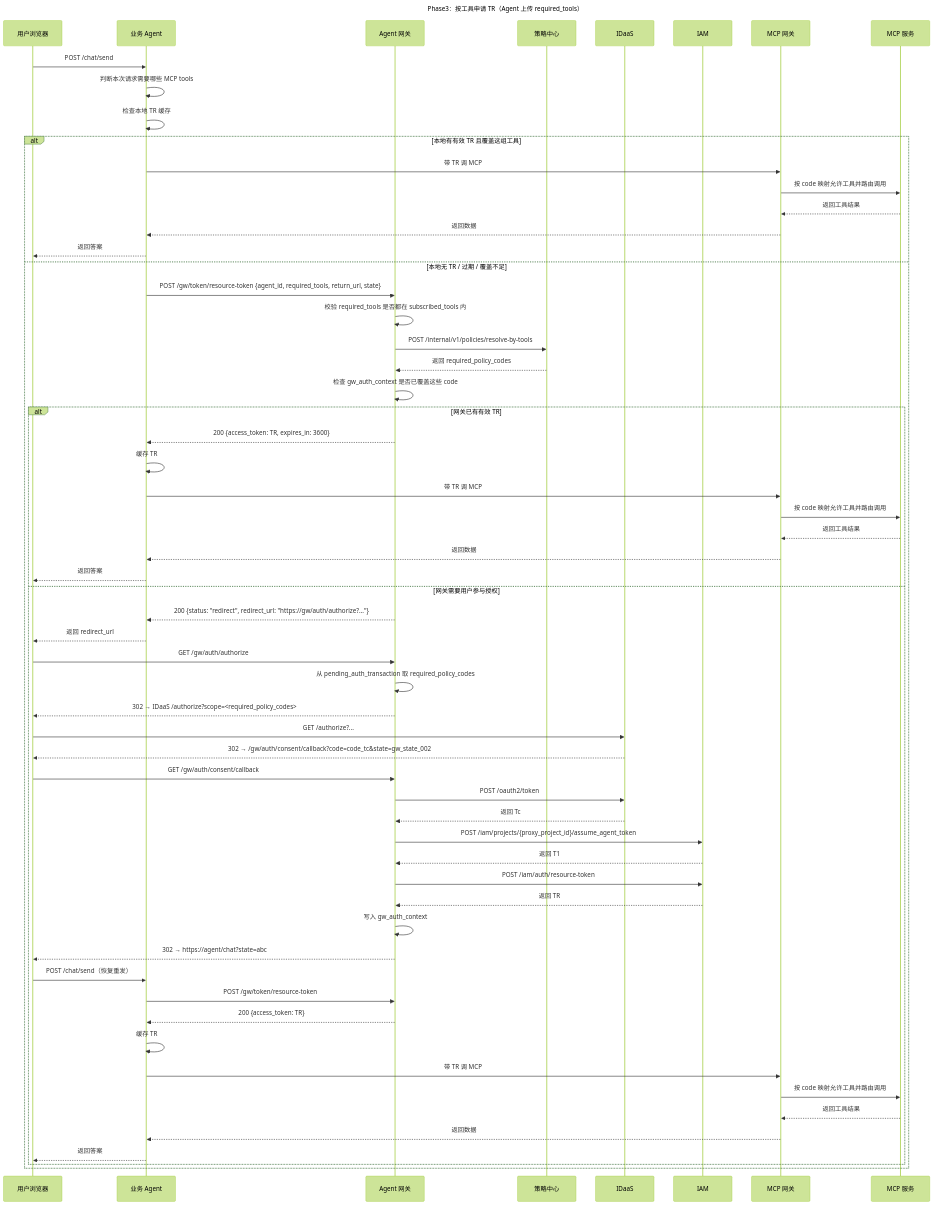
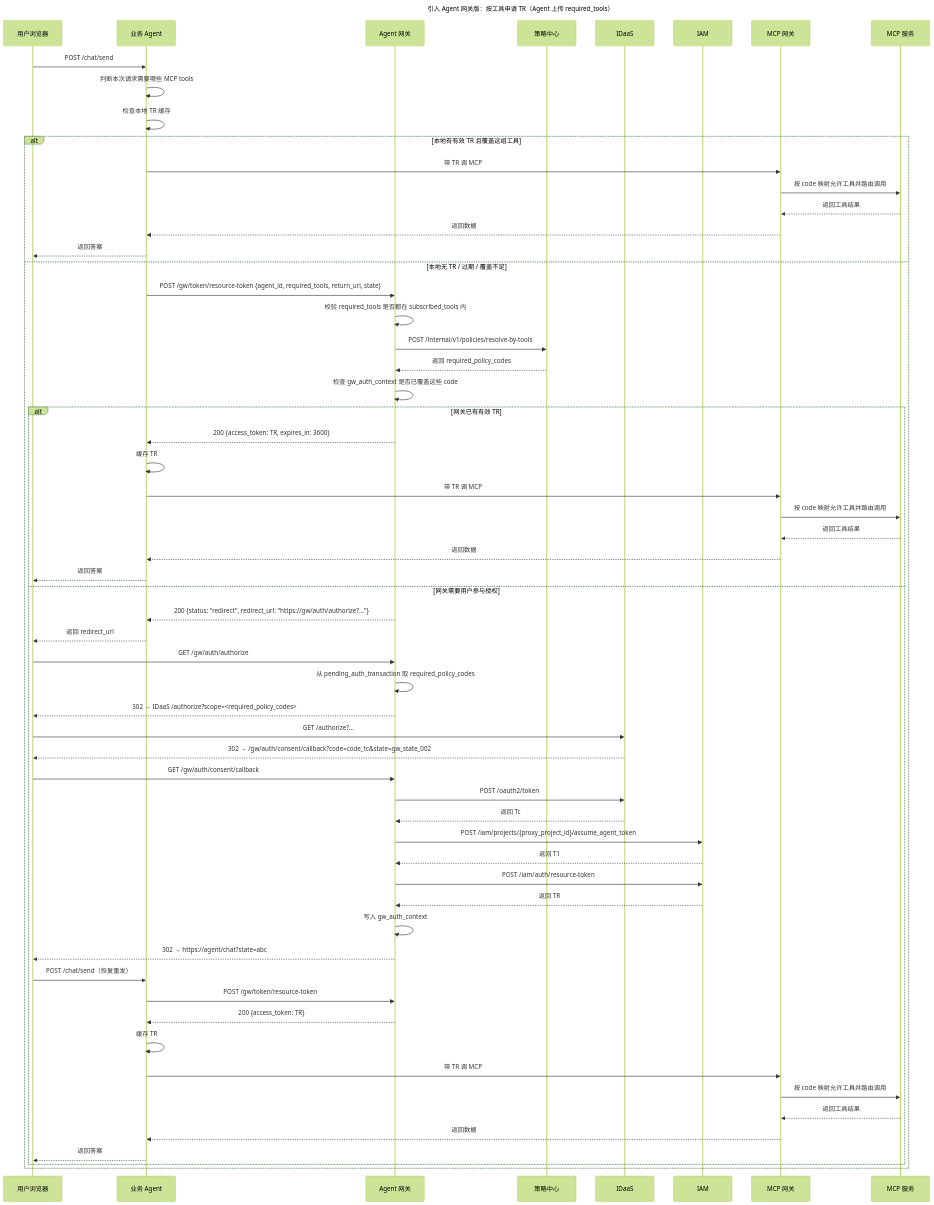
One commit to xuning117634-ux/auth-design-spec changed the second of 2 diagrams in docs/design/final_design/04_接口设计.md. Above: the diagram before and after it, drawn with Mermaid (forest theme). The commit also changed other lines of this file and 1 other file, not shown here.

Commit message:
接口文档更新

````diff
--- a/docs/design/final_design/04_接口设计.md
+++ b/docs/design/final_design/04_接口设计.md
@@ -117,66 +117,66 @@
 ```mermaid
 sequenceDiagram
-    title Phase3：按工具申请 TR（Agent 上传 required_tools）
+    title 引入 Agent 网关版：按工具申请 TR（Agent 上传 required_tools）
     participant 用户 as 用户浏览器
     participant Agent as 业务 Agent
     participant GW as Agent 网关
     participant PC as 策略中心
     participant IDaaS as IDaaS
     participant IAM as IAM
     participant MCP网关 as MCP 网关
     participant MCP服务 as MCP 服务
 
     用户->>Agent: POST /chat/send
     Agent->>Agent: 判断本次请求需要哪些 MCP tools
     Agent->>Agent: 检查本地 TR 缓存
 
     alt 本地有有效 TR 且覆盖这组工具
         Agent->>MCP网关: 带 TR 调 MCP
         MCP网关->>MCP服务: 按 code 映射允许工具并路由调用
         MCP服务-->>MCP网关: 返回工具结果
         MCP网关-->>Agent: 返回数据
         Agent-->>用户: 返回答案
     else 本地无 TR / 过期 / 覆盖不足
         Agent->>GW: POST /gw/token/resource-token {agent_id, required_tools, return_url, state}
         GW->>GW: 校验 required_tools 是否都在 subscribed_tools 内
         GW->>PC: POST /internal/v1/policies/resolve-by-tools
         PC-->>GW: 返回 required_policy_codes
         GW->>GW: 检查 gw_auth_context 是否已覆盖这些 code
 
         alt 网关已有有效 TR
             GW-->>Agent: 200 {access_token: TR, expires_in: 3600}
             Agent->>Agent: 缓存 TR
             Agent->>MCP网关: 带 TR 调 MCP
             MCP网关->>MCP服务: 按 code 映射允许工具并路由调用
             MCP服务-->>MCP网关: 返回工具结果
             MCP网关-->>Agent: 返回数据
             Agent-->>用户: 返回答案
         else 网关需要用户参与授权
             GW-->>Agent: 200 {status: "redirect", redirect_url: "https://gw/auth/authorize?..."}
             Agent-->>用户: 返回 redirect_url
             用户->>GW: GET /gw/auth/authorize
             GW->>GW: 从 pending_auth_transaction 取 required_policy_codes
             GW-->>用户: 302 → IDaaS /authorize?scope=<required_policy_codes>
             用户->>IDaaS: GET /authorize?...
             IDaaS-->>用户: 302 → /gw/auth/consent/callback?code=code_tc&state=gw_state_002
             用户->>GW: GET /gw/auth/consent/callback
             GW->>IDaaS: POST /oauth2/token
             IDaaS-->>GW: 返回 Tc
             GW->>IAM: POST /iam/projects/{proxy_project_id}/assume_agent_token
             IAM-->>GW: 返回 T1
             GW->>IAM: POST /iam/auth/resource-token
             IAM-->>GW: 返回 TR
             GW->>GW: 写入 gw_auth_context
             GW-->>用户: 302 → https://agent/chat?state=abc
             用户->>Agent: POST /chat/send（恢复重发）
             Agent->>GW: POST /gw/token/resource-token
             GW-->>Agent: 200 {access_token: TR}
             Agent->>Agent: 缓存 TR
             Agent->>MCP网关: 带 TR 调 MCP
             MCP网关->>MCP服务: 按 code 映射允许工具并路由调用
             MCP服务-->>MCP网关: 返回工具结果
             MCP网关-->>Agent: 返回数据
             Agent-->>用户: 返回答案
         end
     end
 ```
````
